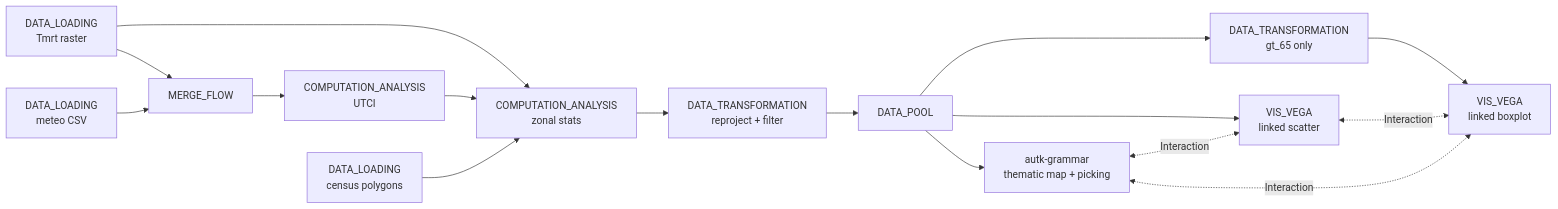
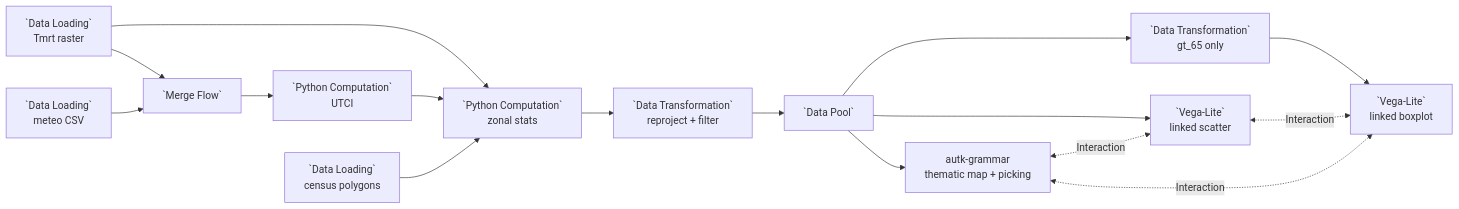
One commit to urban-toolkit/curio changed the diagram in docs/examples/09-heterogeneous-data-linked-views.md. Above: the diagram before and after it, drawn with Mermaid. The commit also changed other lines of this file and 11 other files, not shown here.

````diff
--- a/docs/examples/09-heterogeneous-data-linked-views.md
+++ b/docs/examples/09-heterogeneous-data-linked-views.md
@@ -15,21 +15,21 @@
 ```mermaid
 flowchart LR
-  R[DATA_LOADING<br/>Tmrt raster]
-  W[DATA_LOADING<br/>meteo CSV]
-  S[DATA_LOADING<br/>census polygons]
+  R[`Data Loading`<br/>Tmrt raster]
+  W[`Data Loading`<br/>meteo CSV]
+  S[`Data Loading`<br/>census polygons]
 
-  R --> MG[MERGE_FLOW]
-  W --> MG --> U[COMPUTATION_ANALYSIS<br/>UTCI]
-  R --> Z[COMPUTATION_ANALYSIS<br/>zonal stats]
+  R --> MG[`Merge Flow`]
+  W --> MG --> U[`Python Computation`<br/>UTCI]
+  R --> Z[`Python Computation`<br/>zonal stats]
   U --> Z
   S --> Z
-  Z --> T[DATA_TRANSFORMATION<br/>reproject + filter] --> P[DATA_POOL]
+  Z --> T[`Data Transformation`<br/>reproject + filter] --> P[`Data Pool`]
 
   P --> M[autk-grammar<br/>thematic map + picking]
-  P --> SC[VIS_VEGA<br/>linked scatter]
-  P --> BX[DATA_TRANSFORMATION<br/>gt_65 only] --> BV[VIS_VEGA<br/>linked boxplot]
+  P --> SC[`Vega-Lite`<br/>linked scatter]
+  P --> BX[`Data Transformation`<br/>gt_65 only] --> BV[`Vega-Lite`<br/>linked boxplot]
 
   M  <-. Interaction .-> SC
   SC <-. Interaction .-> BV
   M  <-. Interaction .-> BV
 ```
````
